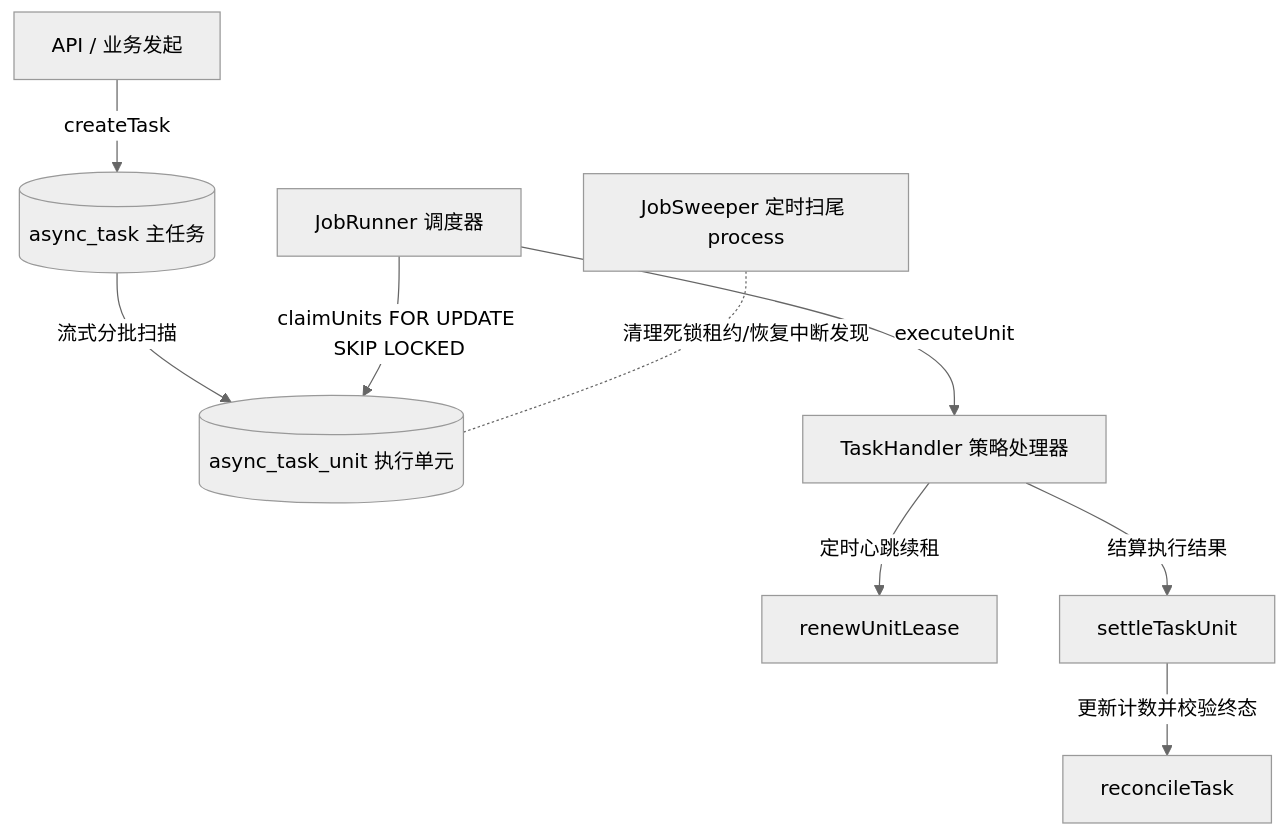
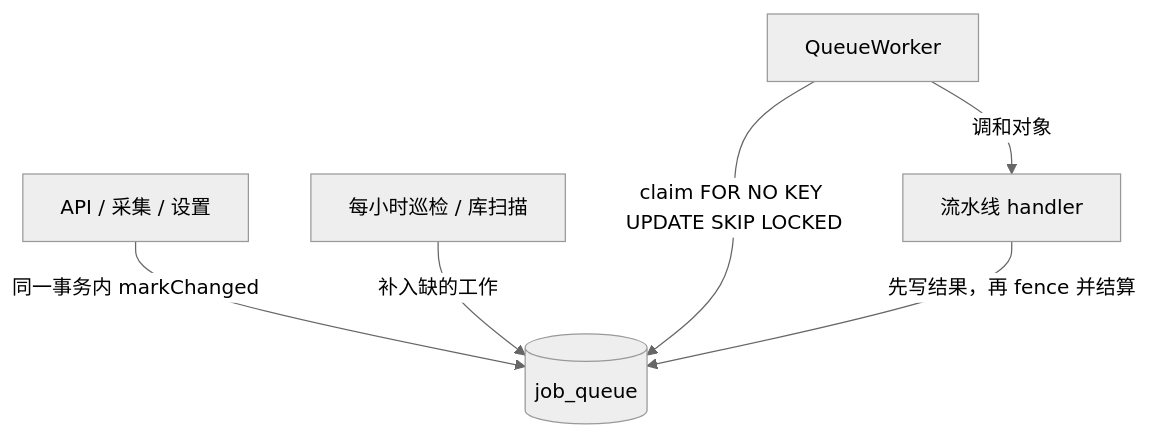
Before and after one commit to stariverr/stationary: the second of 2 diagrams in docs/system_design.zh-Hans.md, drawn with Mermaid (neutral theme). The commit also changed other lines of this file and 14 other files, not shown here.

First line of the commit message:
docs(jobs): describe the job queue instead of the retired engine

````diff
--- a/docs/system_design.zh-Hans.md
+++ b/docs/system_design.zh-Hans.md
@@ -122,11 +122,8 @@
 ```mermaid
 flowchart TD
-    A[API / 业务发起] -->|createTask| B[(async_task 主任务)]
-    B -->|流式分批扫描| C[(async_task_unit 执行单元)]
-    D[JobRunner 调度器] -->|claimUnits FOR UPDATE SKIP LOCKED| C
-    D -->|executeUnit| E[TaskHandler 策略处理器]
-    E -->|定时心跳续租| F[renewUnitLease]
-    E -->|结算执行结果| G[settleTaskUnit]
-    G -->|更新计数并校验终态| H[reconcileTask]
-    I[JobSweeper 定时扫尾 process] -.-|清理死锁租约/恢复中断发现| C
+    A[API / 采集 / 设置] -->|同一事务内 markChanged| B[(job_queue)]
+    P[每小时巡检 / 库扫描] -->|补入缺的工作| B
+    W[QueueWorker] -->|claim FOR NO KEY UPDATE SKIP LOCKED| B
+    W -->|调和对象| H[流水线 handler]
+    H -->|先写结果，再 fence 并结算| B
 ```
````
